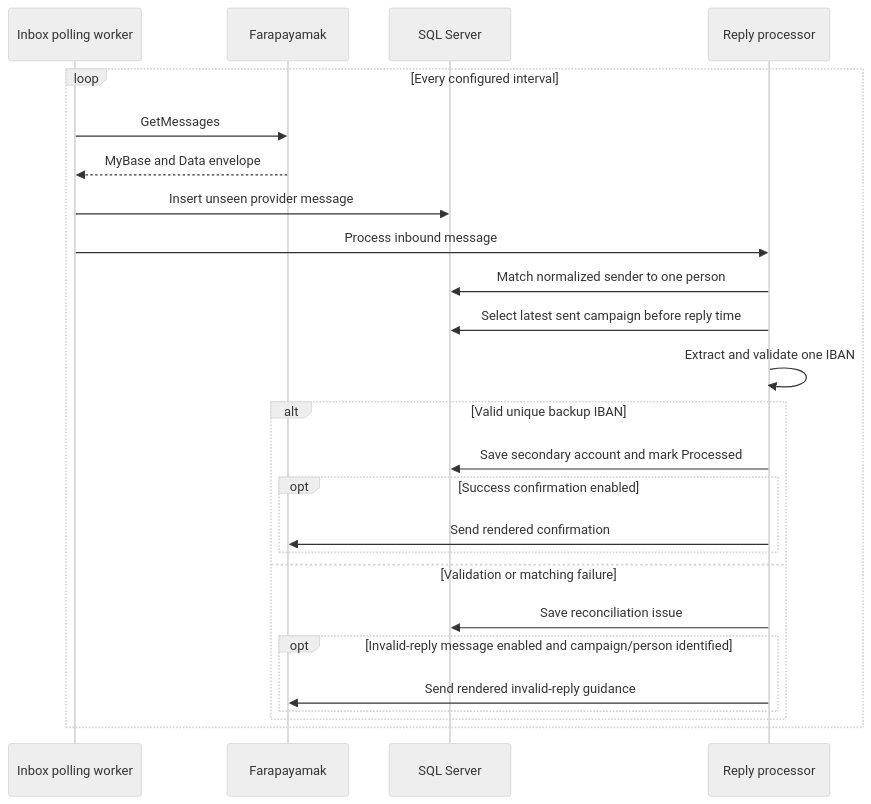
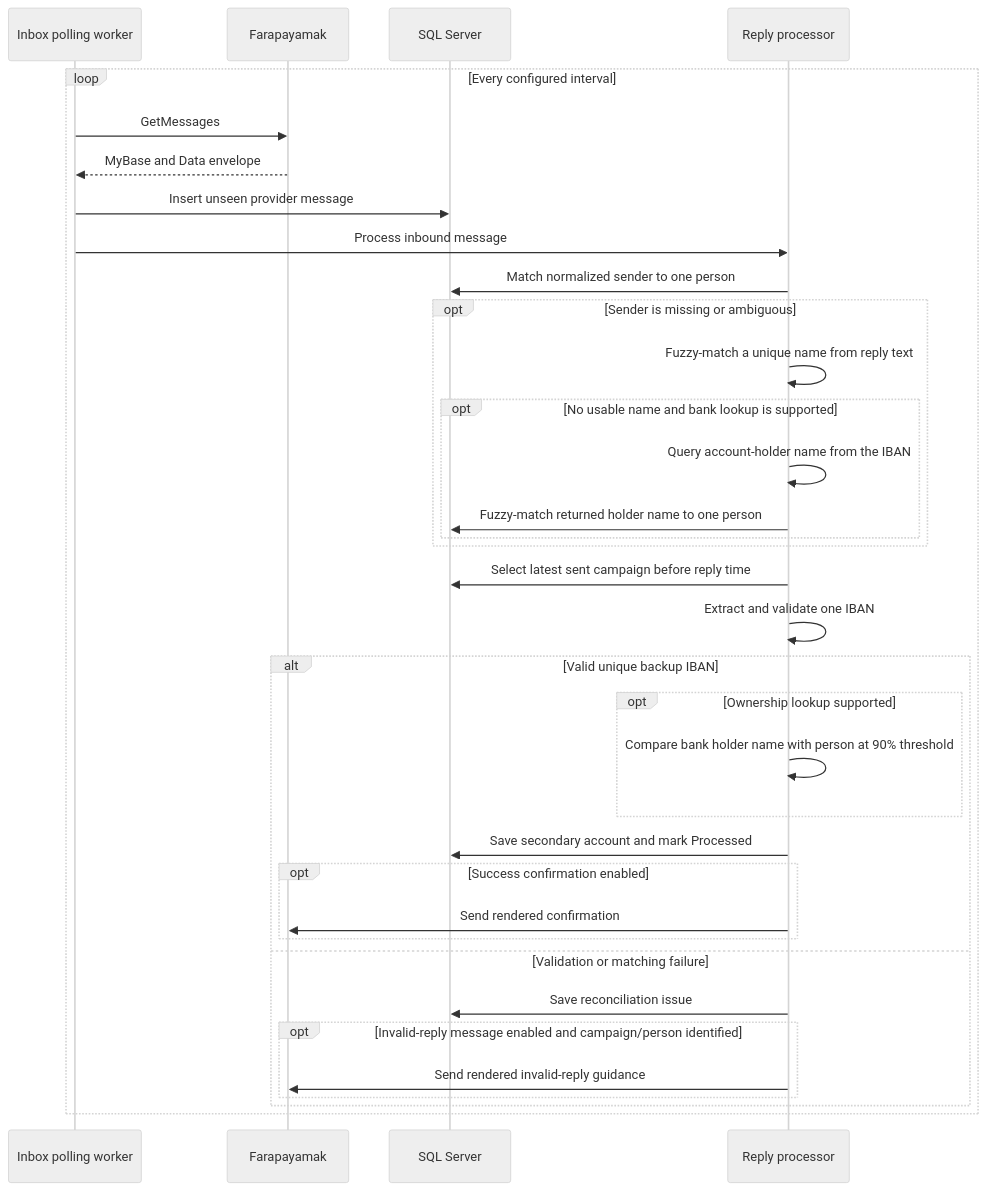
Before and after one commit to jmorsali/SmsPanel: the diagram in docs/sms-campaign/inbound-replies.md, drawn with Mermaid (neutral theme). The commit also changed other lines of this file and 27 other files, not shown here.

````diff
--- a/docs/sms-campaign/inbound-replies.md
+++ b/docs/sms-campaign/inbound-replies.md
@@ -5,28 +5,38 @@
 ```mermaid
 sequenceDiagram
     participant Poller as Inbox polling worker
     participant SMS as Farapayamak
     participant DB as SQL Server
     participant Processor as Reply processor
 
     loop Every configured interval
         Poller->>SMS: GetMessages
         SMS-->>Poller: MyBase and Data envelope
         Poller->>DB: Insert unseen provider message
         Poller->>Processor: Process inbound message
         Processor->>DB: Match normalized sender to one person
+        opt Sender is missing or ambiguous
+            Processor->>Processor: Fuzzy-match a unique name from reply text
+            opt No usable name and bank lookup is supported
+                Processor->>Processor: Query account-holder name from the IBAN
+                Processor->>DB: Fuzzy-match returned holder name to one person
+            end
+        end
         Processor->>DB: Select latest sent campaign before reply time
         Processor->>Processor: Extract and validate one IBAN
         alt Valid unique backup IBAN
+            opt Ownership lookup supported
+                Processor->>Processor: Compare bank holder name with person at 90% threshold
+            end
             Processor->>DB: Save secondary account and mark Processed
             opt Success confirmation enabled
                 Processor->>SMS: Send rendered confirmation
             end
         else Validation or matching failure
             Processor->>DB: Save reconciliation issue
             opt Invalid-reply message enabled and campaign/person identified
                 Processor->>SMS: Send rendered invalid-reply guidance
             end
         end
     end
 ```
````
